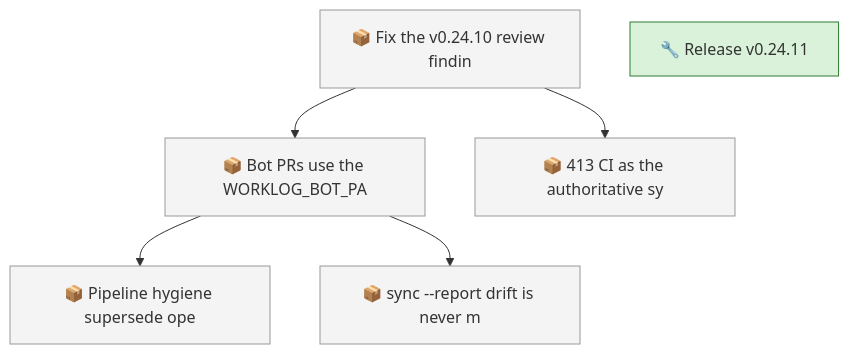
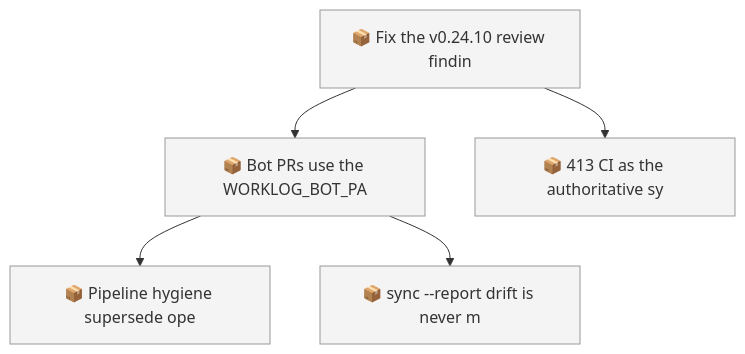
One commit to SpillwaveSolutions/wiki_ticket_sdd changed the first of 2 diagrams in docs/roadmap.md. Above: the diagram before and after it, drawn with Mermaid. The commit also changed other lines of this file and 17 other files, not shown here.

First line of the commit message:
chore(release): post-release publish, sync, and provenance backfill for v0.24.11 (01M2XJARKTEH7VG74N3M0ZG66S)

````diff
--- a/docs/roadmap.md
+++ b/docs/roadmap.md
@@ -47,17 +43,14 @@
 ```mermaid
 graph TD
     01M2XCWMV0QYM4ZRBWN1V1327B["📦 Fix the v0.24.10 review findin"]
     01M2XCWMVEH3XFP2VPS9JBD6XF["📦 Bot PRs use the WORKLOG_BOT_PA"]
     01M2XCWMVEH3XFP2VPS9JBD6XH["📦 Pipeline hygiene supersede ope"]
     01M2XCWMVEH3XFP2VPS9JBD6XK["📦 sync --report drift is never m"]
     01M2XCWMVEH3XFP2VPS9JBD6XN["📦 413 CI as the authoritative sy"]
-    01M2XJARKTEH7VG74N3M0ZG66S["🔧 Release v0.24.11"]
     01M2XCWMV0QYM4ZRBWN1V1327B --> 01M2XCWMVEH3XFP2VPS9JBD6XF
     01M2XCWMVEH3XFP2VPS9JBD6XF --> 01M2XCWMVEH3XFP2VPS9JBD6XH
     01M2XCWMVEH3XFP2VPS9JBD6XF --> 01M2XCWMVEH3XFP2VPS9JBD6XK
     01M2XCWMV0QYM4ZRBWN1V1327B --> 01M2XCWMVEH3XFP2VPS9JBD6XN
     classDef todo fill:#f4f4f4,stroke:#999999
     class 01M2XCWMV0QYM4ZRBWN1V1327B,01M2XCWMVEH3XFP2VPS9JBD6XF,01M2XCWMVEH3XFP2VPS9JBD6XH,01M2XCWMVEH3XFP2VPS9JBD6XK,01M2XCWMVEH3XFP2VPS9JBD6XN todo
-    classDef in_progress fill:#d9f2d9,stroke:#2e7d32
-    class 01M2XJARKTEH7VG74N3M0ZG66S in_progress
 ```
````
